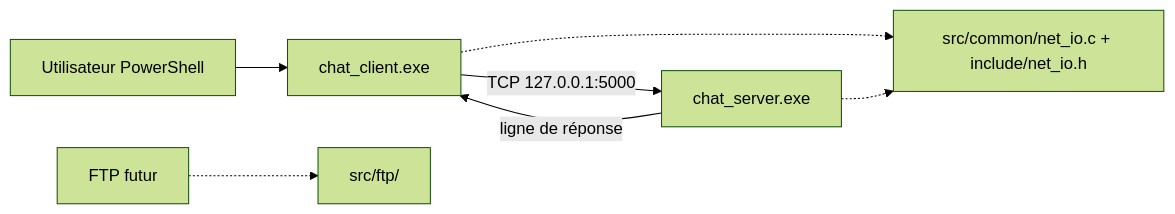
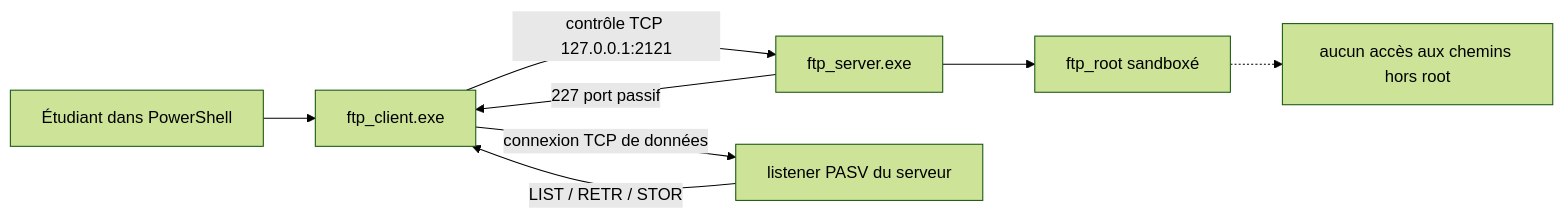
One commit to saadshr/socket-network-programming changed the first of 2 diagrams in docs/architecture.md. Above: the diagram before and after it, drawn with Mermaid (forest theme). The commit also changed other lines of this file and 9 other files, not shown here.

Commit message:
docs(ftp): document protocol architecture and demonstration

````diff
--- a/docs/architecture.md
+++ b/docs/architecture.md
@@ -22,9 +26,10 @@
 ```mermaid
 flowchart LR
-    U[Utilisateur PowerShell] --> C[chat_client.exe]
-    C -->|TCP 127.0.0.1:5000| S[chat_server.exe]
-    S -->|ligne de réponse| C
-    C -.-> N[src/common/net_io.c + include/net_io.h]
-    S -.-> N
-    F[FTP futur] -.-> D[src/ftp/]
+    U[Étudiant dans PowerShell] --> C[ftp_client.exe]
+    C -->|contrôle TCP 127.0.0.1:2121| S[ftp_server.exe]
+    S -->|227 port passif| C
+    C -->|connexion TCP de données| D[listener PASV du serveur]
+    D -->|LIST / RETR / STOR| C
+    S --> R[ftp_root sandboxé]
+    R -.-> X[aucun accès aux chemins hors root]
 ```
````
